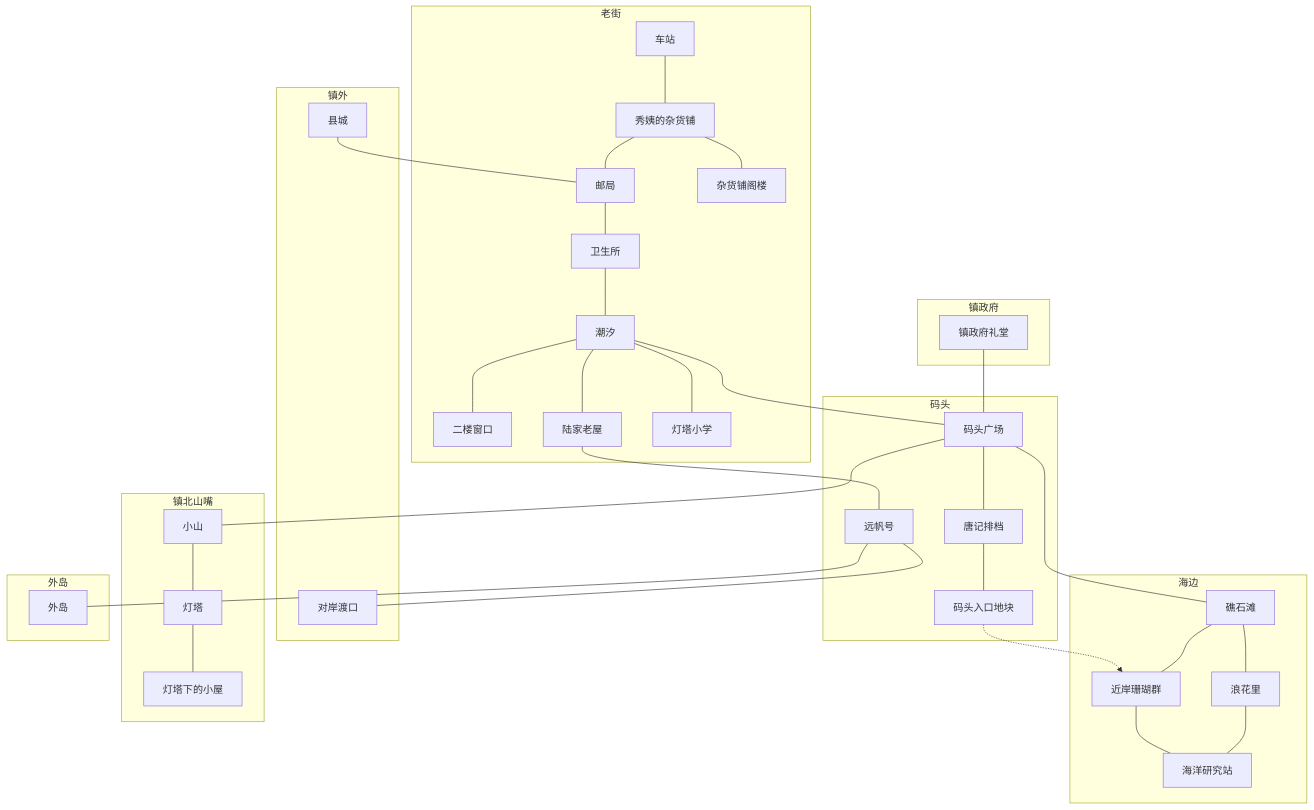
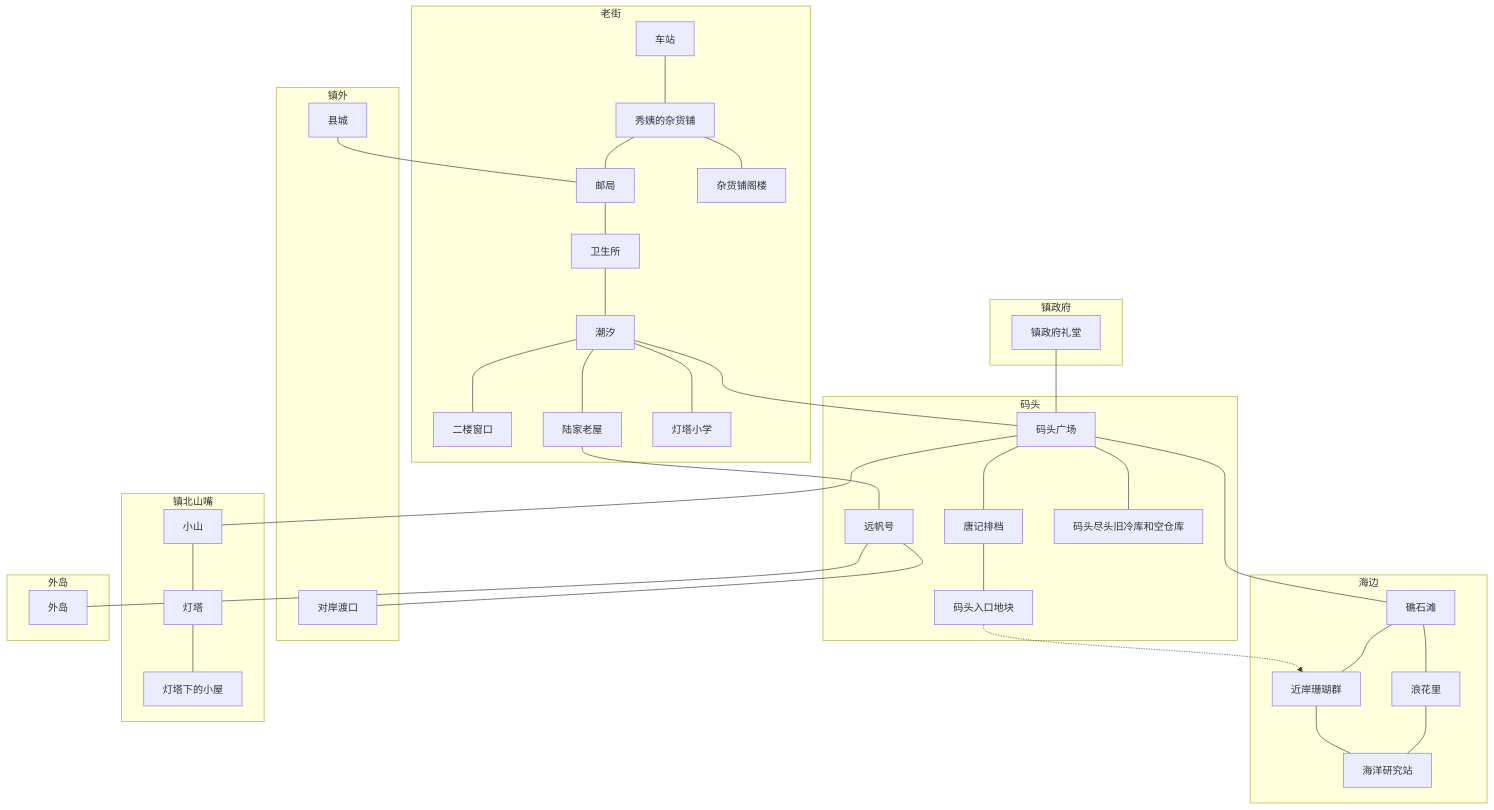
One commit to GmhLovEDM/grok-prototype changed the diagram in projects/seaside-cafe/01-planning/world.md. Above: the diagram before and after it, drawn with Mermaid. The commit also changed other lines of this file and 28 other files, not shown here.

````diff
--- a/projects/seaside-cafe/01-planning/world.md
+++ b/projects/seaside-cafe/01-planning/world.md
@@ -41,67 +41,69 @@
 ```mermaid
 flowchart TD
   subgraph away [镇外]
     county[县城]
     ferry[对岸渡口]
   end
   subgraph street [老街]
     station[车站]
     shop[秀姨的杂货铺]
     post[邮局]
     clinic[卫生所]
     cafe[潮汐]
     win[二楼窗口]
     lu[陆家老屋]
     attic[杂货铺阁楼]
     school[灯塔小学]
   end
   subgraph dock [码头]
     plaza[码头广场]
     tang[唐记排档]
     boat[远帆号]
     gate[码头入口地块]
+    cold[码头尽头旧冷库和空仓库]
   end
   subgraph coast [海边]
     rocks[礁石滩]
     inn[浪花里]
     coral[近岸珊瑚群]
     lab[海洋研究站]
   end
   subgraph headland [镇北山嘴]
     hill[小山]
     light[灯塔]
     hut[灯塔下的小屋]
   end
   subgraph gov [镇政府]
     hall[镇政府礼堂]
   end
   subgraph outer [外岛]
     island[外岛]
   end
 
   station --- shop
   shop --- post
   post --- clinic
   clinic --- cafe
   cafe --- school
   cafe --- win
   cafe --- lu
   shop --- attic
   cafe --- plaza
   plaza --- tang
   lu --- boat
   tang --- gate
+  plaza --- cold
   plaza --- rocks
   rocks --- inn
   inn --- lab
   rocks --- coral
   coral --- lab
   plaza --- hill
   hill --- light
   light --- hut
   boat --- island
   boat --- ferry
   county --- post
   hall --- plaza
   gate -.-> coral
 ```
````
